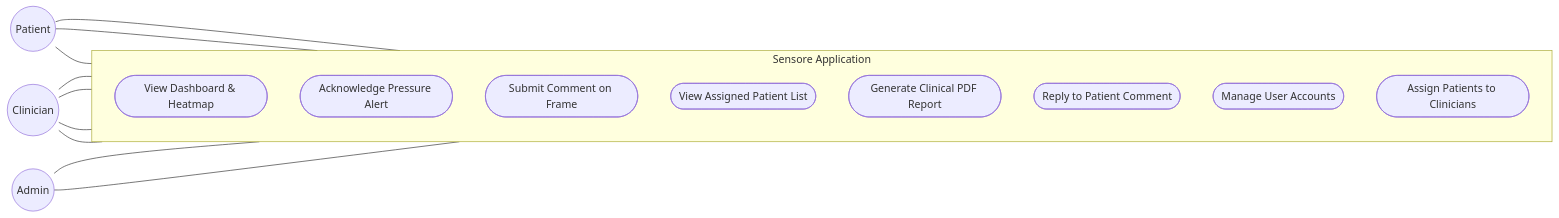
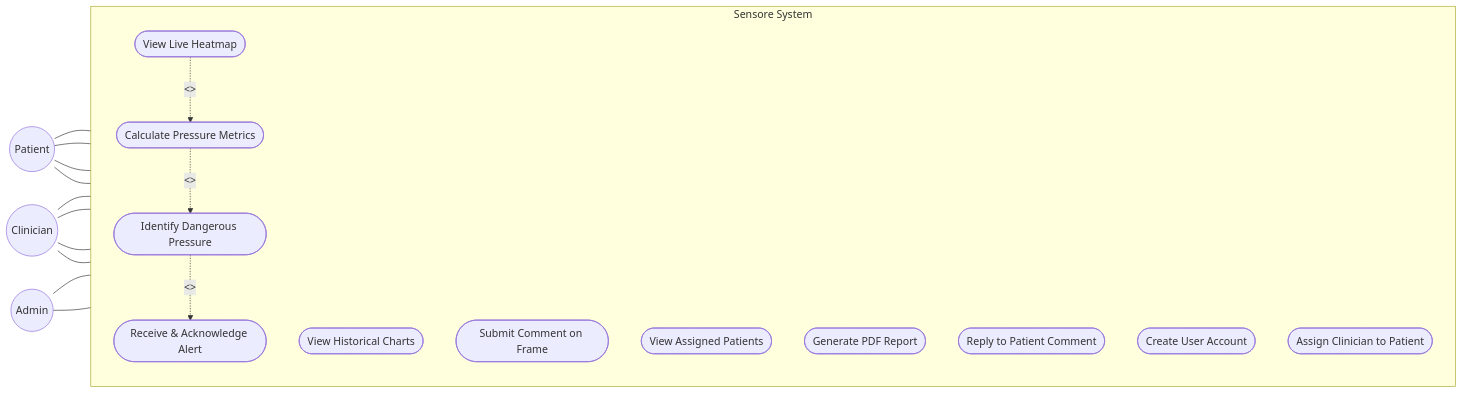
The first of 2 diagrams in README.md (mahateermuhammad4/Sensore), drawn with Mermaid before and after one commit. The commit also changed other lines of this file and 1 other file, not shown here.

Commit message:
docs: Enhance use case diagram with new structure and relationships, and refine ER diagram with explicit constraints and cardinality.

````diff
--- a/README.md
+++ b/README.md
@@ -71,33 +71,49 @@
 ```mermaid
 flowchart LR
     %% Actors
     Patient((Patient))
     Clinician((Clinician))
     Admin((Admin))
 
-    %% System
-    subgraph Sensore Application
+    %% System Boundary
+    subgraph Sensore System
         direction TB
-        UC1([View Dashboard & Heatmap])
-        UC2([Acknowledge Pressure Alert])
-        UC3([Submit Comment on Frame])
-        UC4([View Assigned Patient List])
-        UC5([Generate Clinical PDF Report])
-        UC6([Reply to Patient Comment])
-        UC7([Manage User Accounts])
-        UC8([Assign Patients to Clinicians])
+        
+        %% Core Patient Actions
+        UC1([View Live Heatmap])
+        UC2([Receive & Acknowledge Alert])
+        UC3([View Historical Charts])
+        UC4([Submit Comment on Frame])
+        
+        %% Core Clinician Actions
+        UC5([View Assigned Patients])
+        UC6([Generate PDF Report])
+        UC7([Reply to Patient Comment])
+        
+        %% Core Admin Actions
+        UC8([Create User Account])
+        UC9([Assign Clinician to Patient])
+        
+        %% Extends/Includes Relationships
+        UC10([Calculate Pressure Metrics])
+        UC11([Identify Dangerous Pressure])
+
+        UC1 -.->|<<includes>>| UC10
+        UC10 -.->|<<extends>>| UC11
+        UC11 -.->|<<includes>>| UC2
     end
 
-    %% Relationships
+    %% Actor Connections
     Patient --- UC1
     Patient --- UC2
     Patient --- UC3
+    Patient --- UC4
 
-    Clinician --- UC1
-    Clinician --- UC4
     Clinician --- UC5
     Clinician --- UC6
+    Clinician --- UC7
+    Clinician --- UC4
 
-    Admin --- UC7
     Admin --- UC8
+    Admin --- UC9
 ```
````
